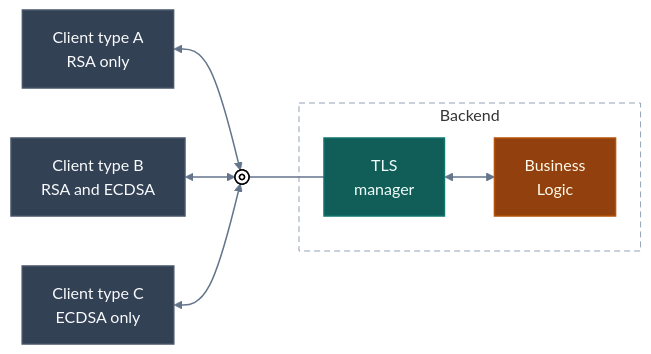
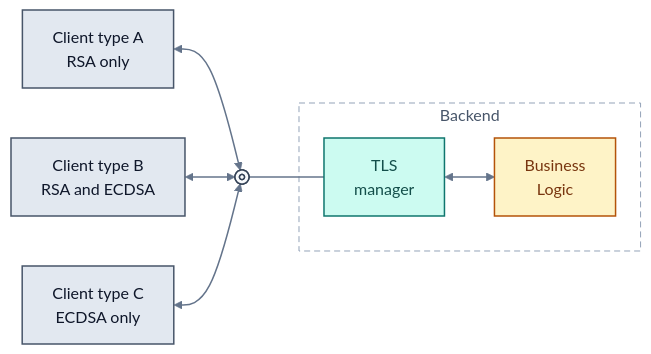
Before and after one commit to stas-sultanov/media: the first of 3 diagrams in articles/kestrel-tls-certificate-selection.md, drawn with Mermaid (neutral theme). The commit also changed other lines of this file, not shown here.

````diff
--- a/articles/kestrel-tls-certificate-selection.md
+++ b/articles/kestrel-tls-certificate-selection.md
@@ -36,35 +38,35 @@
 ```mermaid
 flowchart LR
 %% nodes
 	businessLogic["Business<br>Logic"]
 	backend_endpoint["Backend Endpoint"]
 	client_type_a["Client type A<br>RSA only"]
 	client_type_b["Client type B<br>RSA and ECDSA"]
 	client_type_c["Client type C<br>ECDSA only"]
 	tlsManager["TLS<br>manager"]
 %% groups
 	subgraph backend["Backend"]
 		tlsManager
 		businessLogic
 	end
 %% relations
 	client_type_a <--> backend_endpoint
 	client_type_b <--> backend_endpoint
 	client_type_c <--> backend_endpoint
 	backend_endpoint --- tlsManager
 	tlsManager <--> businessLogic
 %% styles
 	backend_endpoint@{ shape: fr-circ}
 	backend_endpoint:::Endpoint
 	tlsManager:::Tls
 	businessLogic:::Application
 	client_type_a:::Client
 	client_type_b:::Client
 	client_type_c:::Client
-	classDef Client stroke-width:1.5px,stroke-dasharray:none,stroke:#475569,fill:#334155,color:#F8FAFC
-	classDef Tls stroke-width:1.5px,stroke-dasharray:none,stroke:#0F766E,fill:#115E59,color:#F0FDFA
-	classDef Application stroke-width:1.5px,stroke-dasharray:none,stroke:#B45309,fill:#92400E,color:#FFFBEB
-	classDef Endpoint stroke-width:1.5px,stroke-dasharray:none,stroke:#000000,fill:#FFFFFF
-	style backend fill:transparent,stroke:#94A3B8,stroke-width:1px,stroke-dasharray:6 4
+	classDef Client stroke-width:1.5px,stroke-dasharray:none,stroke:#475569,fill:#E2E8F0,color:#0F172A
+	classDef Tls stroke-width:1.5px,stroke-dasharray:none,stroke:#0F766E,fill:#CCFBF1,color:#134E4A
+	classDef Application stroke-width:1.5px,stroke-dasharray:none,stroke:#B45309,fill:#FEF3C7,color:#78350F
+	classDef Endpoint stroke-width:1.5px,stroke-dasharray:none,stroke:#334155,fill:#F8FAFC,color:#0F172A
+	style backend fill:transparent,stroke:#94A3B8,stroke-width:1px,stroke-dasharray:6 4,color:#475569
 	linkStyle default stroke:#64748B,stroke-width:1.5px
 ```
````
